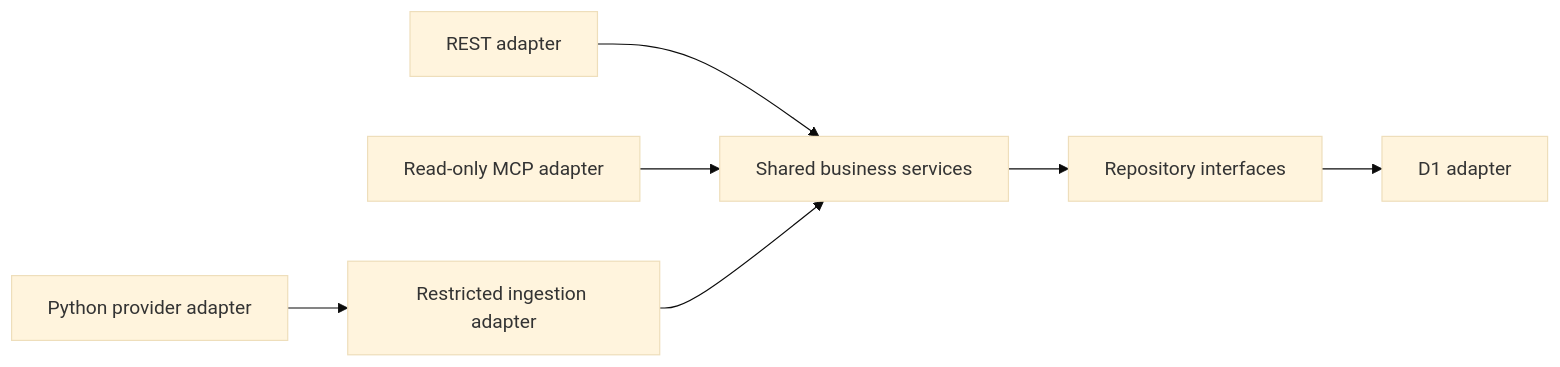
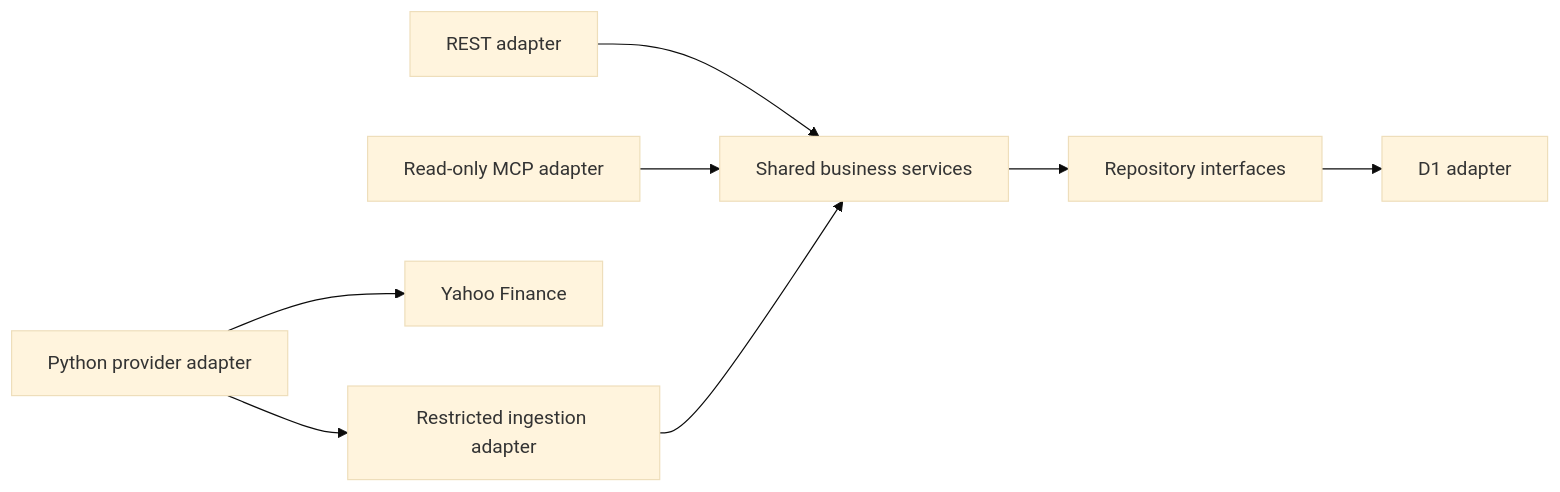
Before and after one commit to damienSavoldelli/pea-tracker: the diagram in aidd_docs/memory/architecture.md, drawn with Mermaid (base theme). The commit also changed other lines of this file and 13 other files, not shown here.

Commit message:
docs: align PEA Tracker V1 state and V1.1 roadmap

````diff
--- a/aidd_docs/memory/architecture.md
+++ b/aidd_docs/memory/architecture.md
@@ -10,9 +15,10 @@
 ```mermaid
 flowchart LR
     REST[REST adapter] --> Services[Shared business services]
     MCP[Read-only MCP adapter] --> Services
     Services --> Ports[Repository interfaces]
     Ports --> D1[D1 adapter]
-    Python[Python provider adapter] --> Ingest[Restricted ingestion adapter]
+    Python[Python provider adapter] --> Provider[Yahoo Finance]
+    Python --> Ingest[Restricted ingestion adapter]
     Ingest --> Services
 ```
````
